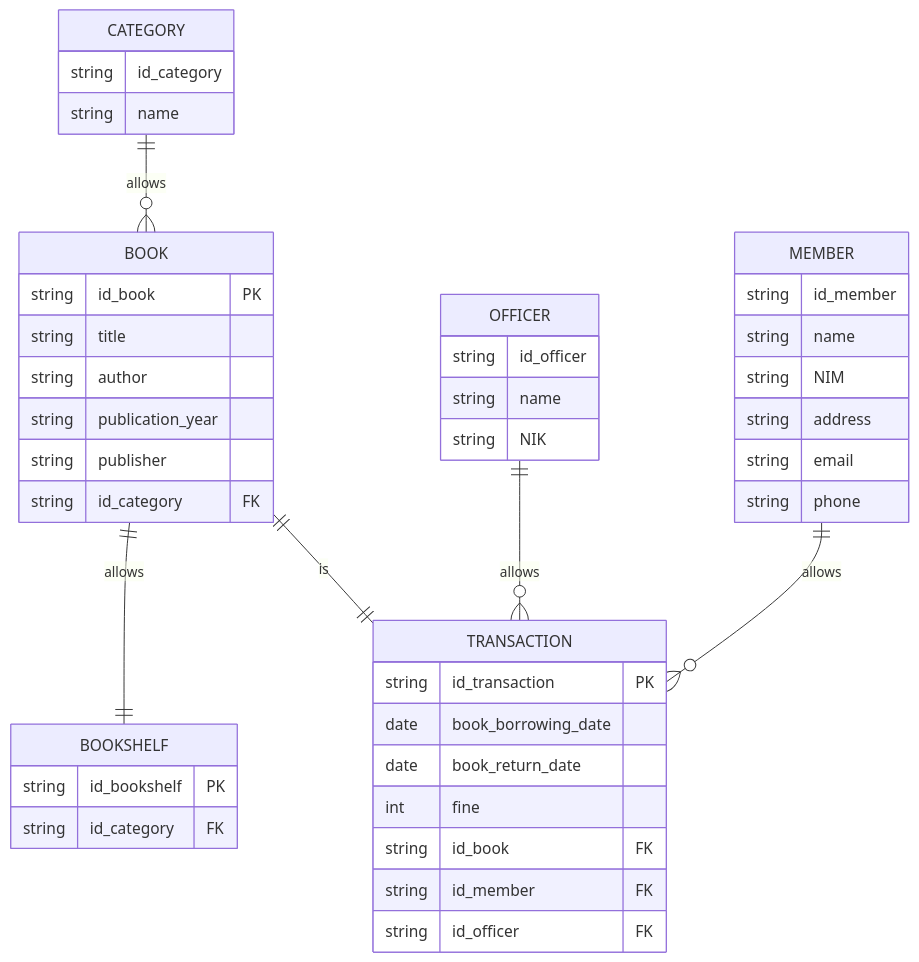
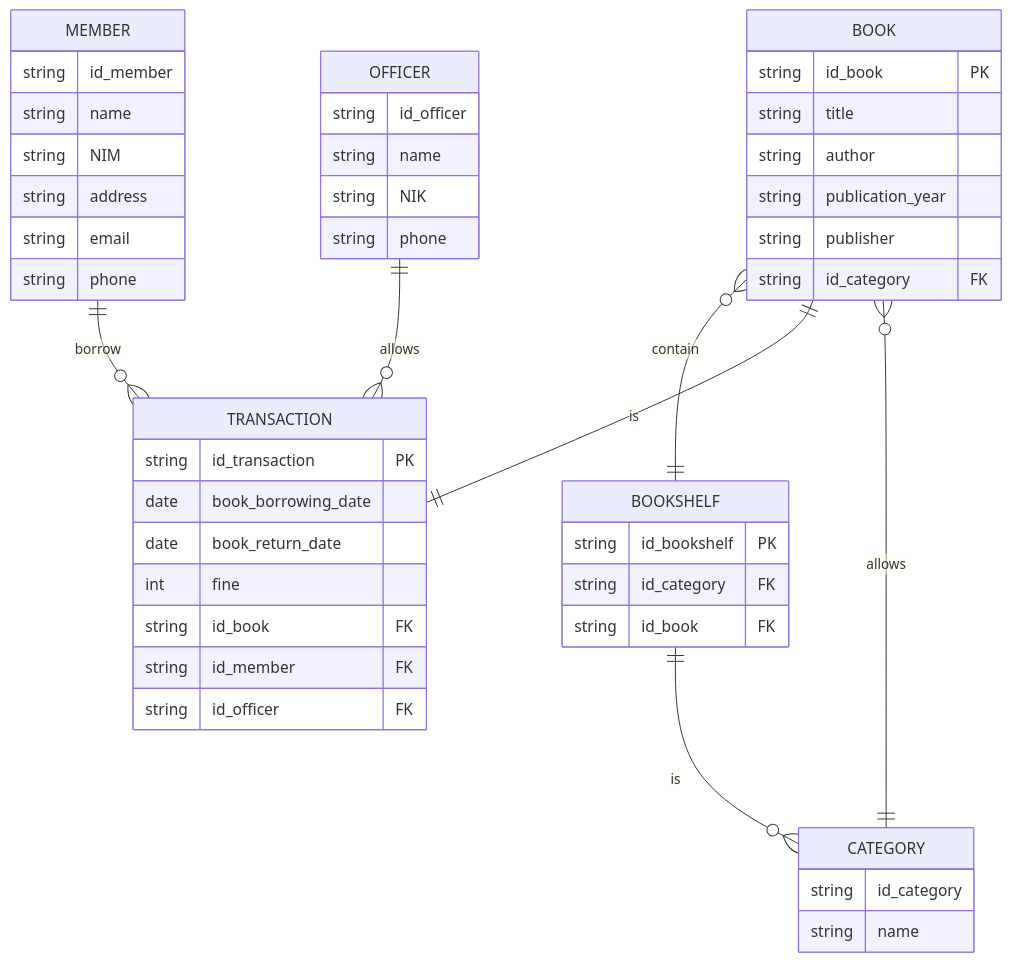
Before and after one commit to bando9/koda-b1-db1: the diagram in koda-b1-db1-perpustakaan.md, drawn with Mermaid.

Commit message:
feat: update erd

````diff
--- a/koda-b1-db1-perpustakaan.md
+++ b/koda-b1-db1-perpustakaan.md
@@ -1,55 +1,58 @@
 ```mermaid
 
 erDiagram
     BOOK {
         string id_book PK
         string title
         string author
         string publication_year
         string publisher
         string id_category FK
     }
 
     CATEGORY {
         string id_category
         string name
     }
     CATEGORY ||--o{ BOOK :allows
 
     BOOKSHELF {
         string id_bookshelf PK
         string id_category FK
+        string id_book FK
     }
-    BOOK ||--|| BOOKSHELF: allows
+    BOOK }o--|| BOOKSHELF: contain
+    BOOKSHELF ||--o{ CATEGORY: is
 
     OFFICER {
         string id_officer
         string name
         string NIK
+        string phone
     }
 
     MEMBER {
         string id_member
         string name
         string NIM
         string address
         string email
         string phone
     }
 
     TRANSACTION {
         string id_transaction PK
         date book_borrowing_date
         date book_return_date
         int fine
         string id_book FK
         string id_member FK
         string id_officer FK
     }
 
-    MEMBER ||--o{ TRANSACTION :allows
+    MEMBER ||--o{ TRANSACTION :borrow
     OFFICER ||--o{ TRANSACTION :allows
     BOOK ||--|| TRANSACTION:is
 
 
 ```
````
